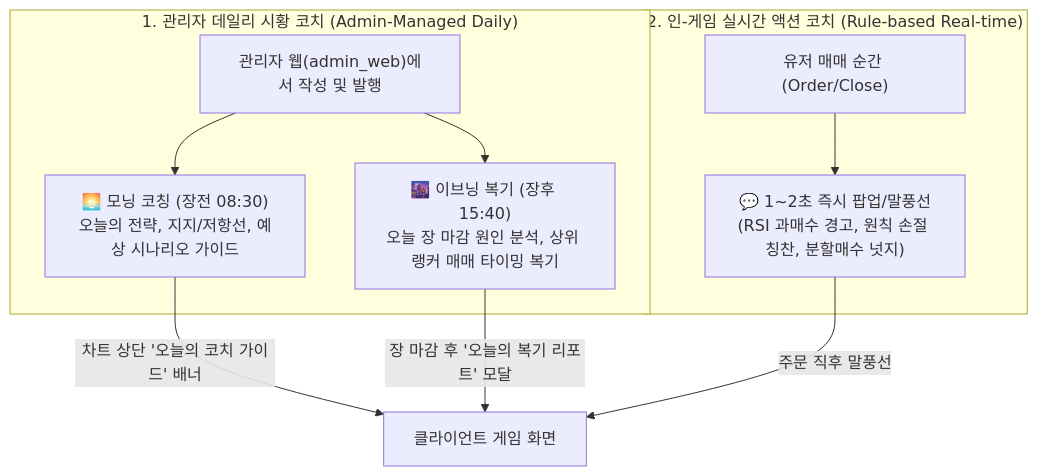
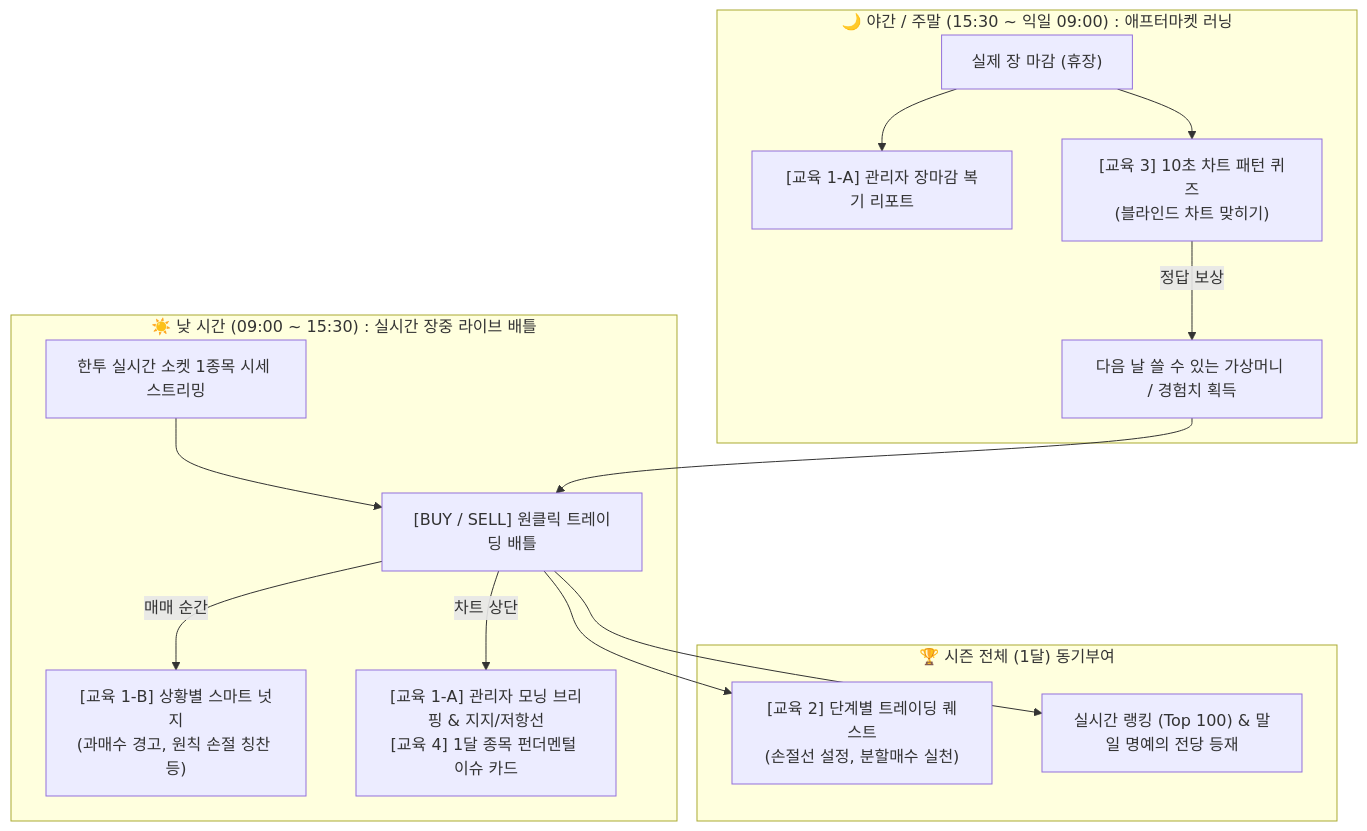
One commit to kyuseokyi/stock_app changed the first of 2 diagrams in docs/trading_game_plan.md. Above: the diagram before and after it, drawn with Mermaid. The commit also changed other lines of this file, not shown here.

````diff
--- a/docs/trading_game_plan.md
+++ b/docs/trading_game_plan.md
@@ -49,20 +56,23 @@
 ```mermaid
 flowchart TD
-    subgraph AdminCoach ["1. 관리자 데일리 시황 코치 (Admin-Managed Daily)"]
-        AC1["관리자 웹(admin_web)에서 작성 및 발행"]
-        AC2["🌅 모닝 코칭 (장전 08:30)<br>오늘의 전략, 지지/저항선, 예상 시나리오 가이드"]
-        AC3["🌆 이브닝 복기 (장후 15:40)<br>오늘 장 마감 원인 분석, 상위 랭커 매매 타이밍 복기"]
-        AC1 --> AC2
-        AC1 --> AC3
+    subgraph DayLoop ["☀️ 낮 시간 (09:00 ~ 15:30) : 실시간 장중 라이브 배틀"]
+        D1["한투 실시간 소켓 1종목 시세 스트리밍"] --> D2["[BUY / SELL] 원클릭 트레이딩 배틀"]
+        D2 -->|매매 순간| D3["[교육 1-B] 상황별 스마트 넛지<br>(과매수 경고, 원칙 손절 칭찬 등)"]
+        D2 -->|차트 상단| D4["[교육 1-A] 관리자 모닝 브리핑 & 지지/저항선<br>[교육 4] 1달 종목 펀더멘털 이슈 카드"]
     end
 
-    subgraph RealtimeCoach ["2. 인-게임 실시간 액션 코치 (Rule-based Real-time)"]
-        RC1["유저 매매 순간 (Order/Close)"]
-        RC2["💬 1~2초 즉시 팝업/말풍선<br>(RSI 과매수 경고, 원칙 손절 칭찬, 분할매수 넛지)"]
-        RC1 --> RC2
+    subgraph NightLoop ["🌙 야간 / 주말 (15:30 ~ 익일 09:00) : 애프터마켓 러닝"]
+        N1["실제 장 마감 (휴장)"] --> N2["[교육 1-A] 관리자 장마감 복기 리포트"]
+        N1 --> N3["[교육 3] 10초 차트 패턴 퀴즈<br>(블라인드 차트 맞히기)"]
+        N3 -->|정답 보상| N4["다음 날 쓸 수 있는 가상머니 / 경험치 획득"]
     end
 
-    AC2 -->|차트 상단 '오늘의 코치 가이드' 배너| UI["클라이언트 게임 화면"]
-    AC3 -->|장 마감 후 '오늘의 복기 리포트' 모달| UI
-    RC2 -->|주문 직후 말풍선| UI
+    subgraph SeasonLoop ["🏆 시즌 전체 (1달) 동기부여"]
+        S1["[교육 2] 단계별 트레이딩 퀘스트<br>(손절선 설정, 분할매수 실천)"]
+        S2["실시간 랭킹 (Top 100) & 말일 명예의 전당 등재"]
+    end
+
+    D2 --> S1
+    N4 --> D2
+    D2 --> S2
 ```
````
